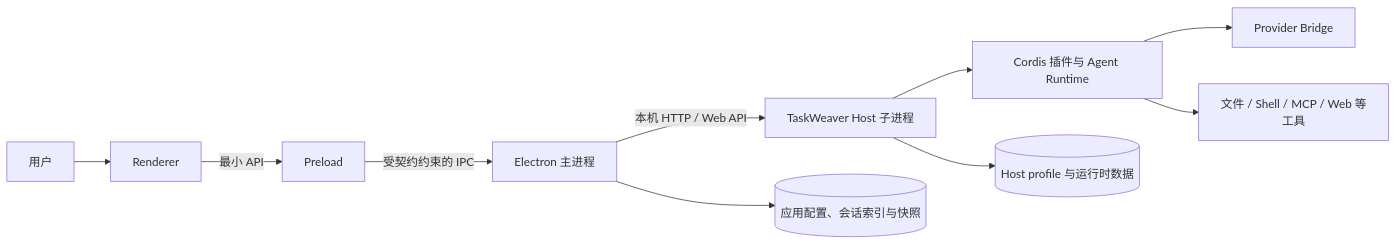
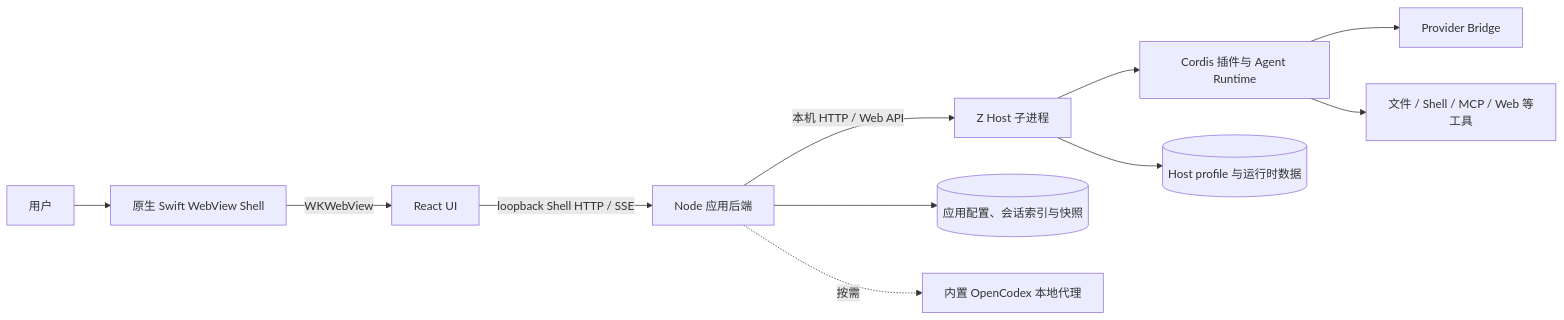
Before and after one commit to ZSN12/to-agent: the diagram in docs/architecture.md, drawn with Mermaid. The commit also changed other lines of this file and 821 other files, not shown here.

````diff
--- a/docs/architecture.md
+++ b/docs/architecture.md
@@ -7,12 +7,13 @@
 ```mermaid
 flowchart LR
-  U[用户] --> R[Renderer]
-  R -->|最小 API| P[Preload]
-  P -->|受契约约束的 IPC| M[Electron 主进程]
-  M -->|本机 HTTP / Web API| H[TaskWeaver Host 子进程]
+  U[用户] --> S[原生 Swift WebView Shell]
+  S -->|WKWebView| UI[React UI]
+  UI -->|loopback Shell HTTP / SSE| BE[Node 应用后端]
+  BE -->|本机 HTTP / Web API| H[Z Host 子进程]
   H --> C[Cordis 插件与 Agent Runtime]
-  C --> B[Provider Bridge]
+  C --> PB[Provider Bridge]
   C --> T[文件 / Shell / MCP / Web 等工具]
-  M --> S[(应用配置、会话索引与快照)]
-  H --> D[(Host profile 与运行时数据)]
+  BE --> AD[(应用配置、会话索引与快照)]
+  H --> HD[(Host profile 与运行时数据)]
+  BE -. 按需 .-> O[内置 OpenCodex 本地代理]
 ```
````
